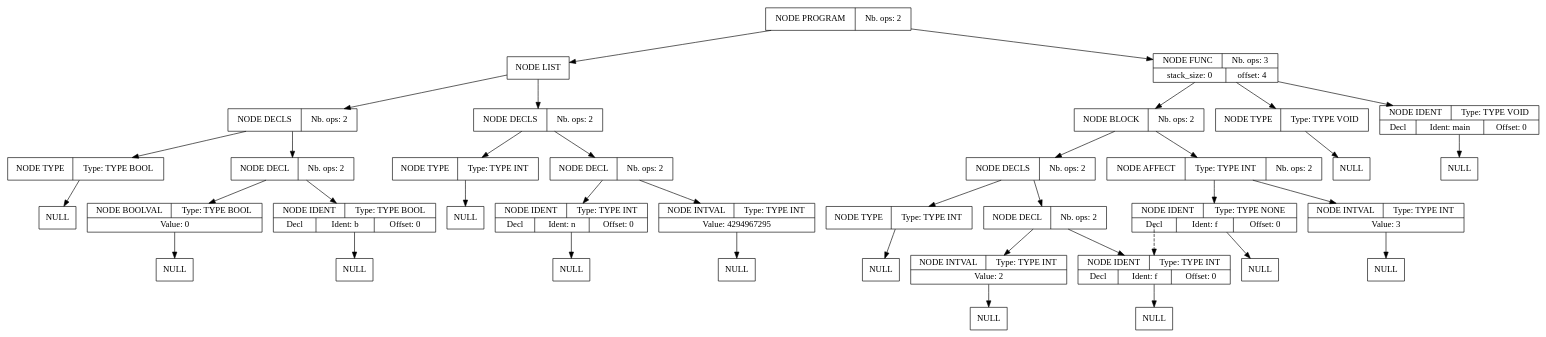
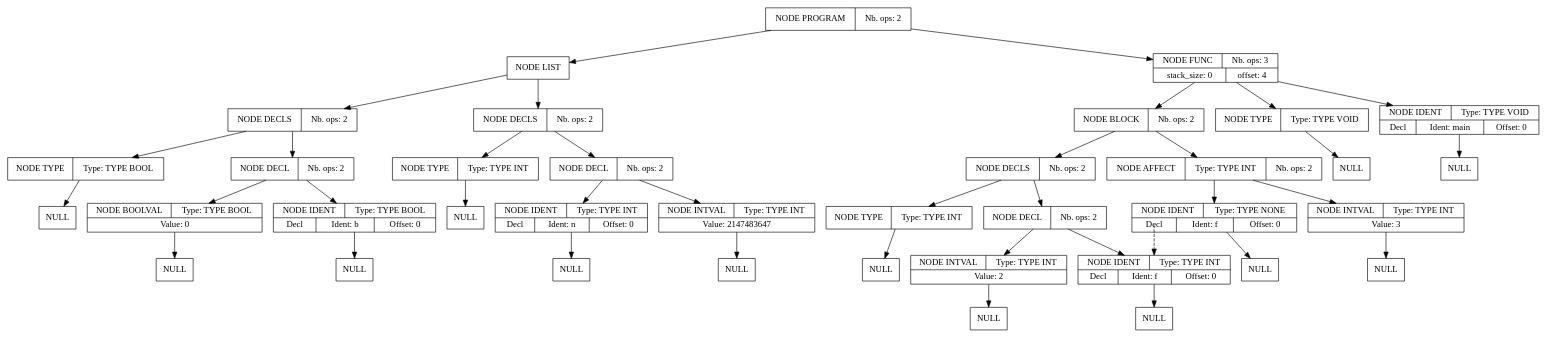
One commit to Serial-DeV/Compilation changed the diagram in projet_compilation_src/src/fichier_dump_fin.dot. Above: the diagram before and after it, drawn with Graphviz. The commit also changed 11 other files, not shown here.

```diff
--- a/projet_compilation_src/src/fichier_dump_fin.dot
+++ b/projet_compilation_src/src/fichier_dump_fin.dot
@@ -1,113 +1,113 @@
 digraph global_vars {
     N1 [shape=record, label="{{NODE PROGRAM|Nb. ops: 2}}"];
     N2 [shape=record, label="{{NODE LIST}}"];
     N3 [shape=record, label="{{NODE DECLS|Nb. ops: 2}}"];
     N4 [shape=record, label="{{NODE TYPE|Type: TYPE INT}}"];
     N5 [shape=record, label="{{NULL}}"];
     edge[tailclip=true];
     N4 -> N5
     edge[tailclip=true];
     N3 -> N4
     N6 [shape=record, label="{{NODE DECL|Nb. ops: 2}}"];
     N7 [shape=record, label="{{NODE IDENT|Type: TYPE INT}|{<decl>Decl      |Ident: n|Offset: 0}}"];
     N8 [shape=record, label="{{NULL}}"];
     edge[tailclip=true];
     N7 -> N8
     edge[tailclip=true];
     N6 -> N7
-    N9 [shape=record, label="{{NODE INTVAL|Type: TYPE INT}|{Value: 4294967295}}"];
+    N9 [shape=record, label="{{NODE INTVAL|Type: TYPE INT}|{Value: 2147483647}}"];
     N10 [shape=record, label="{{NULL}}"];
     edge[tailclip=true];
     N9 -> N10
     edge[tailclip=true];
     N6 -> N9
     edge[tailclip=true];
     N3 -> N6
     edge[tailclip=true];
     N2 -> N3
     N11 [shape=record, label="{{NODE DECLS|Nb. ops: 2}}"];
     N12 [shape=record, label="{{NODE TYPE|Type: TYPE BOOL}}"];
     N13 [shape=record, label="{{NULL}}"];
     edge[tailclip=true];
     N12 -> N13
     edge[tailclip=true];
     N11 -> N12
     N14 [shape=record, label="{{NODE DECL|Nb. ops: 2}}"];
     N15 [shape=record, label="{{NODE IDENT|Type: TYPE BOOL}|{<decl>Decl      |Ident: b|Offset: 0}}"];
     N16 [shape=record, label="{{NULL}}"];
     edge[tailclip=true];
     N15 -> N16
     edge[tailclip=true];
     N14 -> N15
     N17 [shape=record, label="{{NODE BOOLVAL|Type: TYPE BOOL}|{Value: 0}}"];
     N18 [shape=record, label="{{NULL}}"];
     edge[tailclip=true];
     N17 -> N18
     edge[tailclip=true];
     N14 -> N17
     edge[tailclip=true];
     N11 -> N14
     edge[tailclip=true];
     N2 -> N11
     edge[tailclip=true];
     N1 -> N2
     N19 [shape=record, label="{{NODE FUNC|Nb. ops: 3}|{stack_size: 0|offset: 4}}"];
     N20 [shape=record, label="{{NODE TYPE|Type: TYPE VOID}}"];
     N21 [shape=record, label="{{NULL}}"];
     edge[tailclip=true];
     N20 -> N21
     edge[tailclip=true];
     N19 -> N20
     N22 [shape=record, label="{{NODE IDENT|Type: TYPE VOID}|{<decl>Decl      |Ident: main|Offset: 0}}"];
     N23 [shape=record, label="{{NULL}}"];
     edge[tailclip=true];
     N22 -> N23
     edge[tailclip=true];
     N19 -> N22
     N24 [shape=record, label="{{NODE BLOCK|Nb. ops: 2}}"];
     N25 [shape=record, label="{{NODE DECLS|Nb. ops: 2}}"];
     N26 [shape=record, label="{{NODE TYPE|Type: TYPE INT}}"];
     N27 [shape=record, label="{{NULL}}"];
     edge[tailclip=true];
     N26 -> N27
     edge[tailclip=true];
     N25 -> N26
     N28 [shape=record, label="{{NODE DECL|Nb. ops: 2}}"];
     N29 [shape=record, label="{{NODE IDENT|Type: TYPE INT}|{<decl>Decl      |Ident: f|Offset: 0}}"];
     N30 [shape=record, label="{{NULL}}"];
     edge[tailclip=true];
     N29 -> N30
     edge[tailclip=true];
     N28 -> N29
     N31 [shape=record, label="{{NODE INTVAL|Type: TYPE INT}|{Value: 2}}"];
     N32 [shape=record, label="{{NULL}}"];
     edge[tailclip=true];
     N31 -> N32
     edge[tailclip=true];
     N28 -> N31
     edge[tailclip=true];
     N25 -> N28
     edge[tailclip=true];
     N24 -> N25
     N33 [shape=record, label="{{NODE AFFECT|Type: TYPE INT|Nb. ops: 2}}"];
     N34 [shape=record, label="{{NODE IDENT|Type: TYPE NONE}|{<decl>Decl      |Ident: f|Offset: 0}}"];
     edge[tailclip=false];
     "N34":decl:c -> "N29" [style=dashed]
     N35 [shape=record, label="{{NULL}}"];
     edge[tailclip=true];
     N34 -> N35
     edge[tailclip=true];
     N33 -> N34
     N36 [shape=record, label="{{NODE INTVAL|Type: TYPE INT}|{Value: 3}}"];
     N37 [shape=record, label="{{NULL}}"];
     edge[tailclip=true];
     N36 -> N37
     edge[tailclip=true];
     N33 -> N36
     edge[tailclip=true];
     N24 -> N33
     edge[tailclip=true];
     N19 -> N24
     edge[tailclip=true];
     N1 -> N19
 }
```
